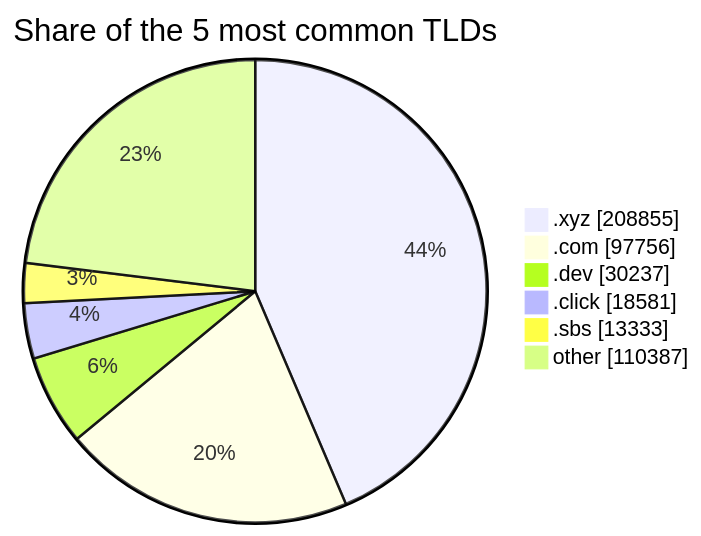
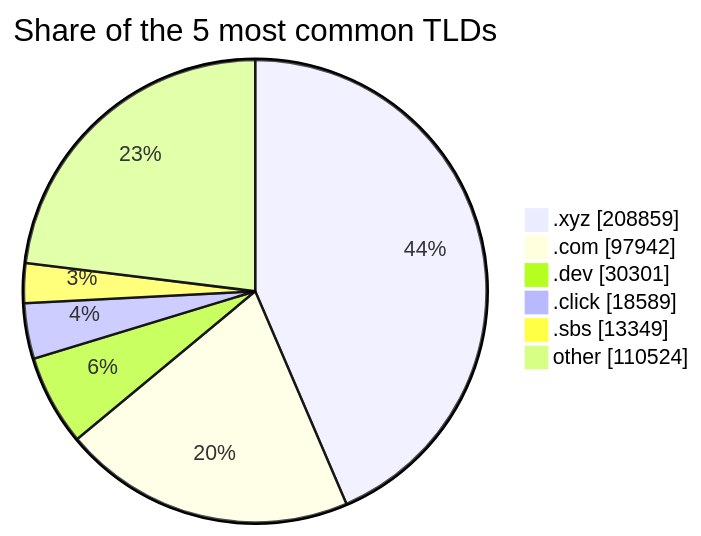
One commit to DNSBunker/CTI changed the third of 3 diagrams in README.md. Above: the diagram before and after it, drawn with Mermaid. The commit also changed other lines of this file and 3 other files, not shown here.

````diff
--- a/README.md
+++ b/README.md
@@ -81,9 +81,9 @@
 ```mermaid
 pie showData title Share of the 5 most common TLDs
-    ".xyz" : 208855
-    ".com" : 97756
-    ".dev" : 30237
-    ".click" : 18581
-    ".sbs" : 13333
-    "other" : 110387
+    ".xyz" : 208859
+    ".com" : 97942
+    ".dev" : 30301
+    ".click" : 18589
+    ".sbs" : 13349
+    "other" : 110524
 ```
````
